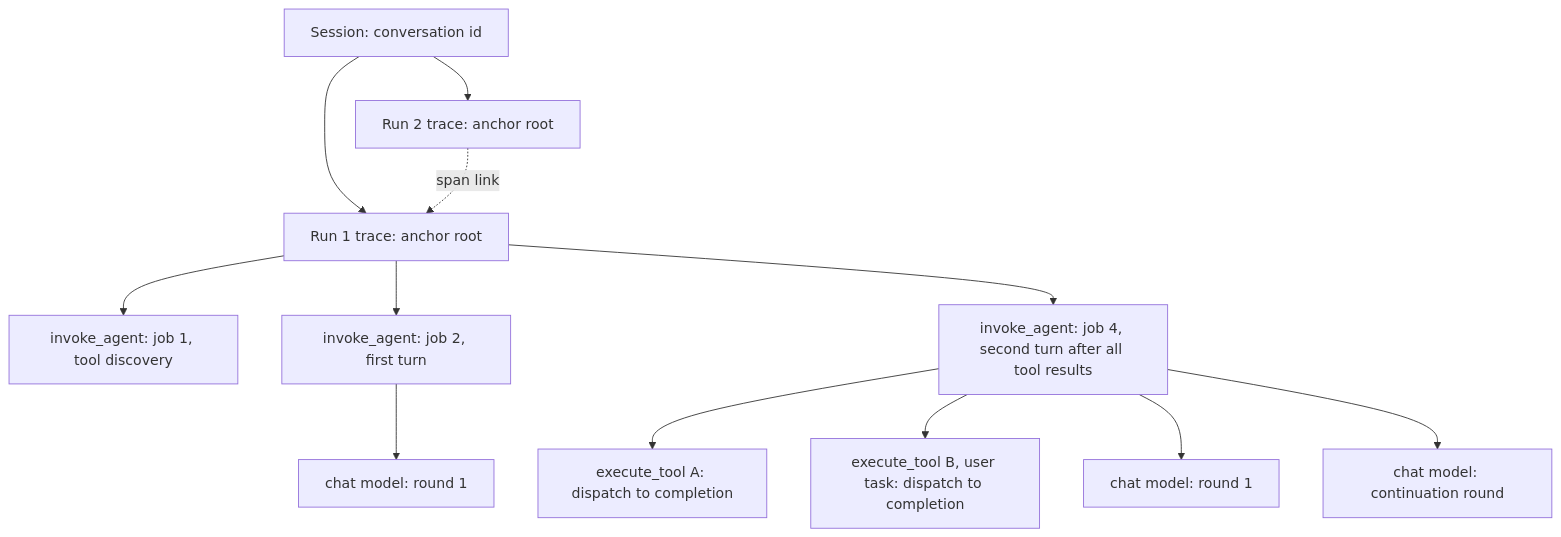
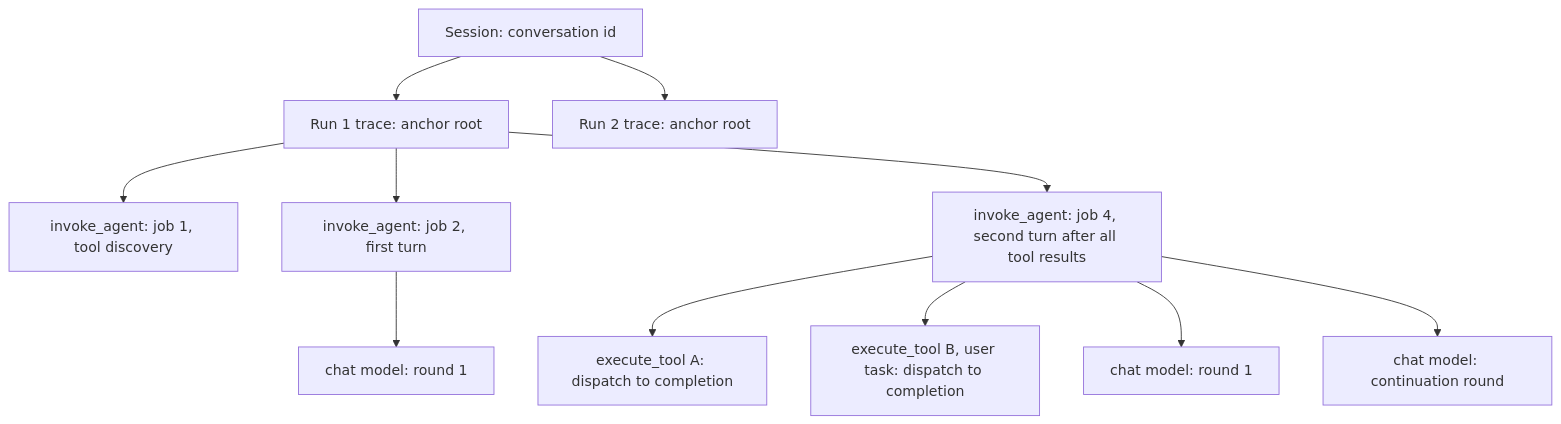
The first of 5 diagrams in docs/plans/2026-10-05-1445-feat-ai-agent-otel-genai-tracing-plan.md (camunda/connectors), drawn with Mermaid before and after one commit. The commit also changed other lines of this file, not shown here.

````diff
--- a/docs/plans/2026-10-05-1445-feat-ai-agent-otel-genai-tracing-plan.md
+++ b/docs/plans/2026-10-05-1445-feat-ai-agent-otel-genai-tracing-plan.md
@@ -78,14 +78,13 @@
 ```mermaid
 flowchart TB
   S[Session: conversation id] --> R1[Run 1 trace: anchor root]
   S --> R2[Run 2 trace: anchor root]
-  R2 -. span link .-> R1
   R1 --> J1[invoke_agent: job 1, tool discovery]
   R1 --> J2[invoke_agent: job 2, first turn]
   J2 --> C1[chat model: round 1]
   R1 --> J3[invoke_agent: job 4, second turn after all tool results]
   J3 --> T1[execute_tool A: dispatch to completion]
   J3 --> T2[execute_tool B, user task: dispatch to completion]
   J3 --> C2[chat model: round 1]
   J3 --> C3[chat model: continuation round]
 ```
````
